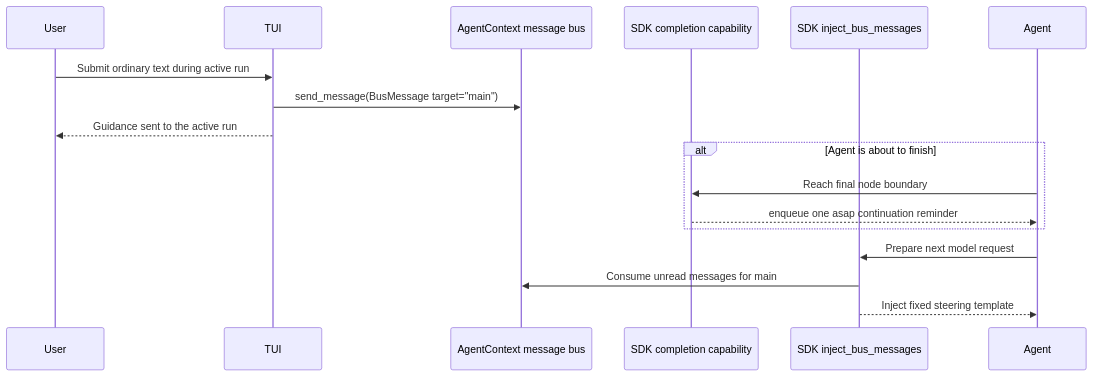
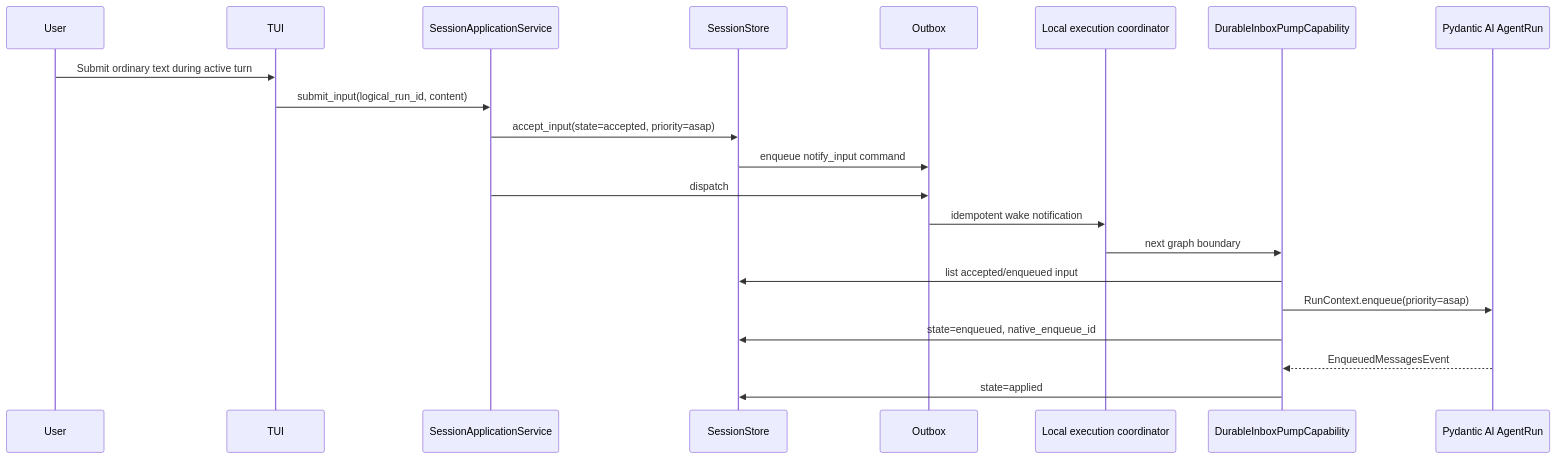
One commit to Wh1isper/ya-agent-sdk changed the diagram in packages/yaacli/spec/04-steering.md. Above: the diagram before and after it, drawn with Mermaid. The commit also changed other lines of this file and 446 other files, not shown here.

First line of the commit message:
feat(runtime): introduce capability-first agent runtime 2.0 (#396)

````diff
--- a/packages/yaacli/spec/04-steering.md
+++ b/packages/yaacli/spec/04-steering.md
@@ -31,20 +36,24 @@
 ```mermaid
 sequenceDiagram
     participant User
     participant TUI
-    participant Bus as AgentContext message bus
-    participant Guard as SDK completion capability
-    participant Filter as SDK inject_bus_messages
-    participant Agent
+    participant App as SessionApplicationService
+    participant Store as SessionStore
+    participant Outbox
+    participant Coordinator as Local execution coordinator
+    participant Pump as DurableInboxPumpCapability
+    participant PAI as Pydantic AI AgentRun
 
-    User->>TUI: Submit ordinary text during active run
-    TUI->>Bus: send_message(BusMessage target="main")
-    TUI-->>User: Guidance sent to the active run
-    alt Agent is about to finish
-        Agent->>Guard: Reach final node boundary
-        Guard-->>Agent: enqueue one asap continuation reminder
-    end
-    Agent->>Filter: Prepare next model request
-    Filter->>Bus: Consume unread messages for main
-    Filter-->>Agent: Inject fixed steering template
+    User->>TUI: Submit ordinary text during active turn
+    TUI->>App: submit_input(logical_run_id, content)
+    App->>Store: accept_input(state=accepted, priority=asap)
+    Store->>Outbox: enqueue notify_input command
+    App->>Outbox: dispatch
+    Outbox->>Coordinator: idempotent wake notification
+    Coordinator->>Pump: next graph boundary
+    Pump->>Store: list accepted/enqueued input
+    Pump->>PAI: RunContext.enqueue(priority=asap)
+    Pump->>Store: state=enqueued, native_enqueue_id
+    PAI-->>Pump: EnqueuedMessagesEvent
+    Pump->>Store: state=applied
 ```
````
